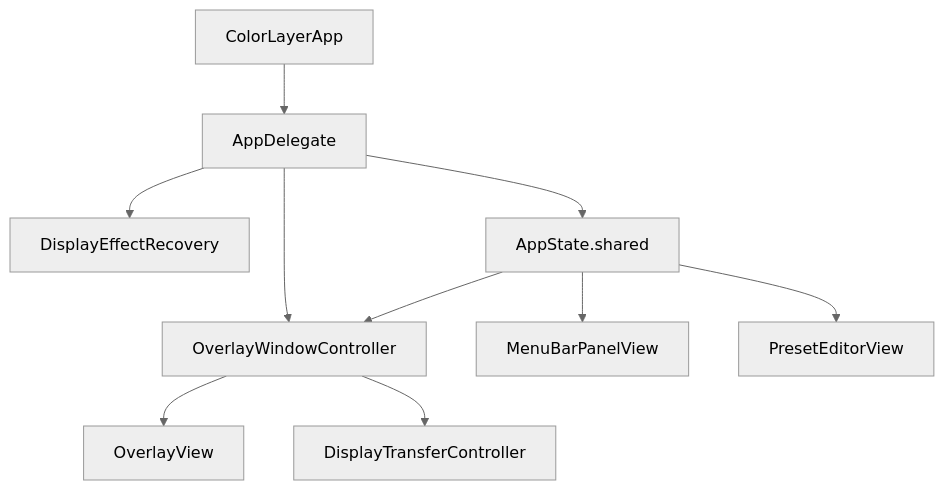
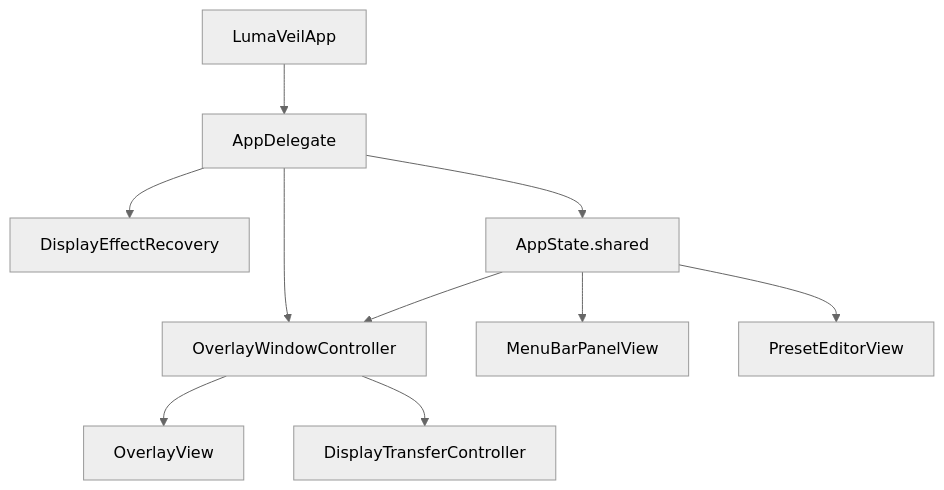
The diagram in ARCHITECTURE.md (diegodezmu/ColorLayer), drawn with Mermaid (neutral theme) before and after one commit. The commit also changed other lines of this file and 40 other files, not shown here.

Commit message:
chore: rename project to LumaVeil, update menubar icons, clean factory presets

````diff
--- a/ARCHITECTURE.md
+++ b/ARCHITECTURE.md
@@ -69,12 +69,12 @@
 ```mermaid
 flowchart TD
-    A["ColorLayerApp"] --> B["AppDelegate"]
+    A["LumaVeilApp"] --> B["AppDelegate"]
     B --> C["DisplayEffectRecovery"]
     B --> D["AppState.shared"]
     B --> E["OverlayWindowController"]
     E --> F["OverlayView"]
     E --> G["DisplayTransferController"]
     D --> E
     D --> H["MenuBarPanelView"]
     D --> I["PresetEditorView"]
 ```
````
